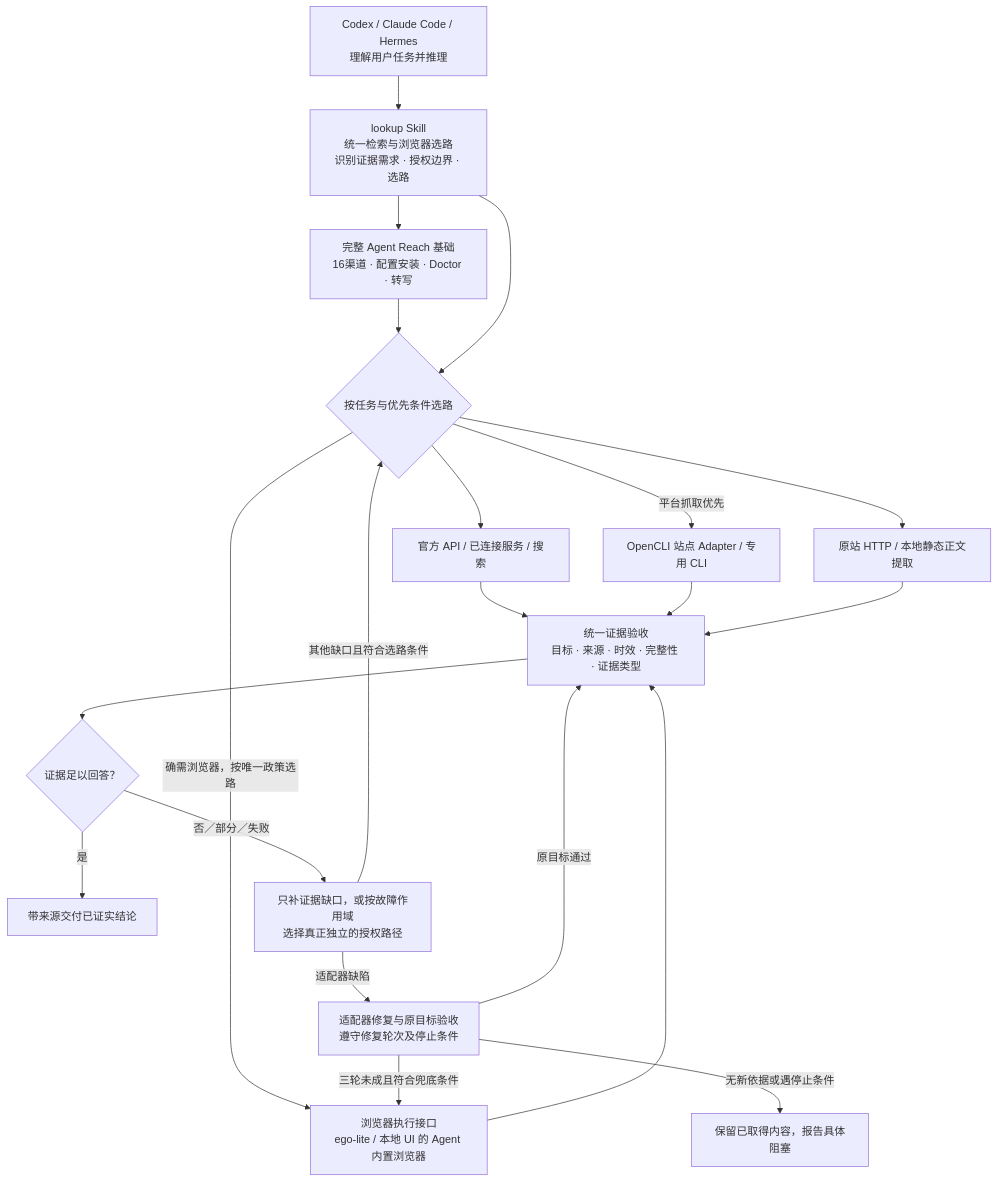
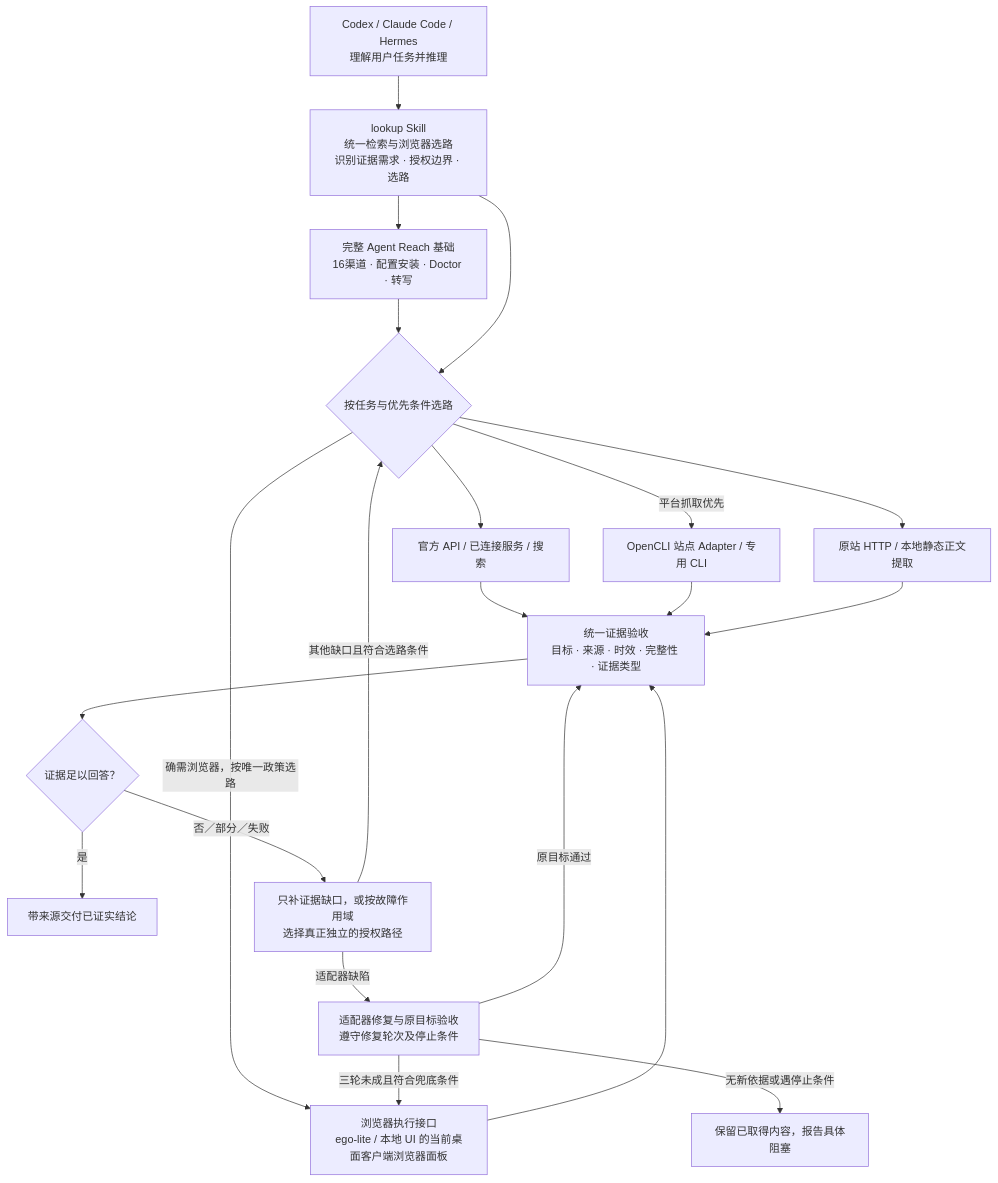
Before and after one commit to ldl8818/skills: the diagram in lookup/README.md, drawn with Mermaid. The commit also changed other lines of this file and 6 other files, not shown here.

````diff
--- a/lookup/README.md
+++ b/lookup/README.md
@@ -62,38 +62,38 @@
 ```mermaid
 flowchart TB
     agent["Codex / Claude Code / Hermes<br/>理解用户任务并推理"]
     lookup["lookup Skill<br/>统一检索与浏览器选路<br/>识别证据需求 · 授权边界 · 选路"]
     reach["完整 Agent Reach 基础<br/>16渠道 · 配置安装 · Doctor · 转写"]
     choose{"按任务与优先条件选路"}
     official["官方 API / 已连接服务 / 搜索"]
     adapters["OpenCLI 站点 Adapter / 专用 CLI"]
     static["原站 HTTP / 本地静态正文提取"]
-    browser["浏览器执行接口<br/>ego-lite / 本地 UI 的 Agent 内置浏览器"]
+    browser["浏览器执行接口<br/>ego-lite / 本地 UI 的当前桌面客户端浏览器面板"]
     evidence["统一证据验收<br/>目标 · 来源 · 时效 · 完整性 · 证据类型"]
     enough{"证据足以回答？"}
     done["带来源交付已证实结论"]
     recover["只补证据缺口，或按故障作用域<br/>选择真正独立的授权路径"]
     repair["适配器修复与原目标验收<br/>遵守修复轮次及停止条件"]
     blocked["保留已取得内容，报告具体阻塞"]
 
     agent --> lookup
     lookup --> reach
     reach --> choose
     lookup --> choose
     choose --> official
     choose -->|平台抓取优先| adapters
     choose --> static
     choose -->|确需浏览器，按唯一政策选路| browser
     official --> evidence
     adapters --> evidence
     static --> evidence
     browser --> evidence
     evidence --> enough
     enough -->|是| done
     enough -->|否／部分／失败| recover
     recover -->|适配器缺陷| repair
     recover -->|其他缺口且符合选路条件| choose
     repair -->|原目标通过| evidence
     repair -->|三轮未成且符合兜底条件| browser
     repair -->|无新依据或遇停止条件| blocked
 ```
````
